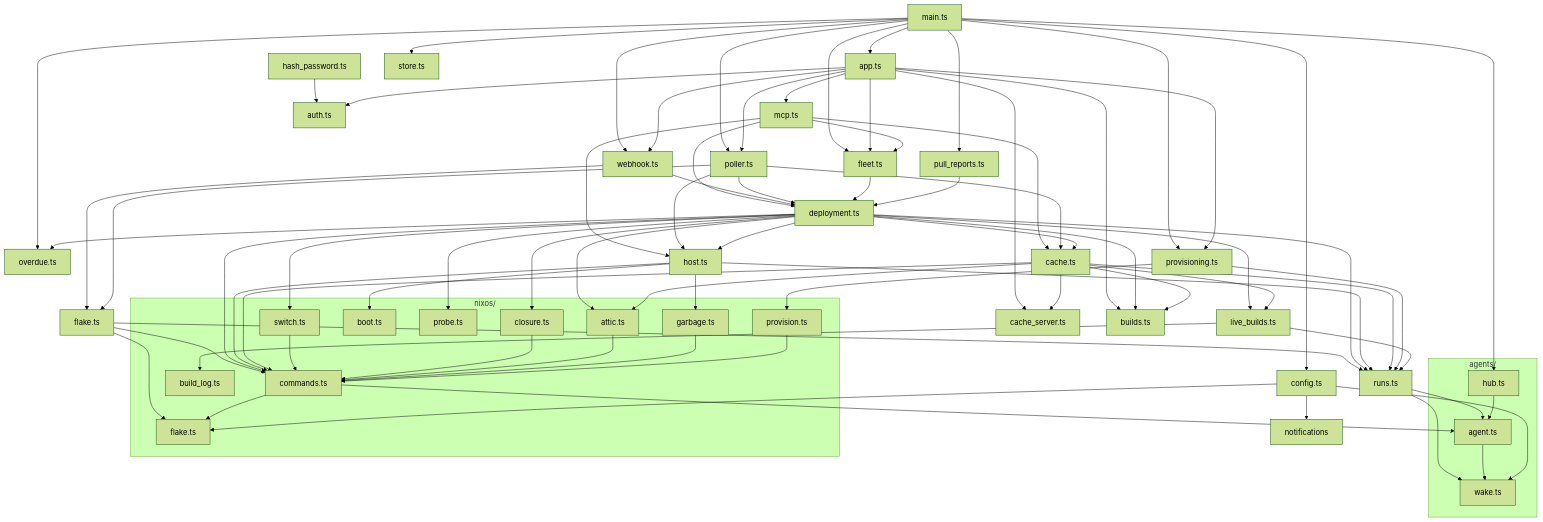
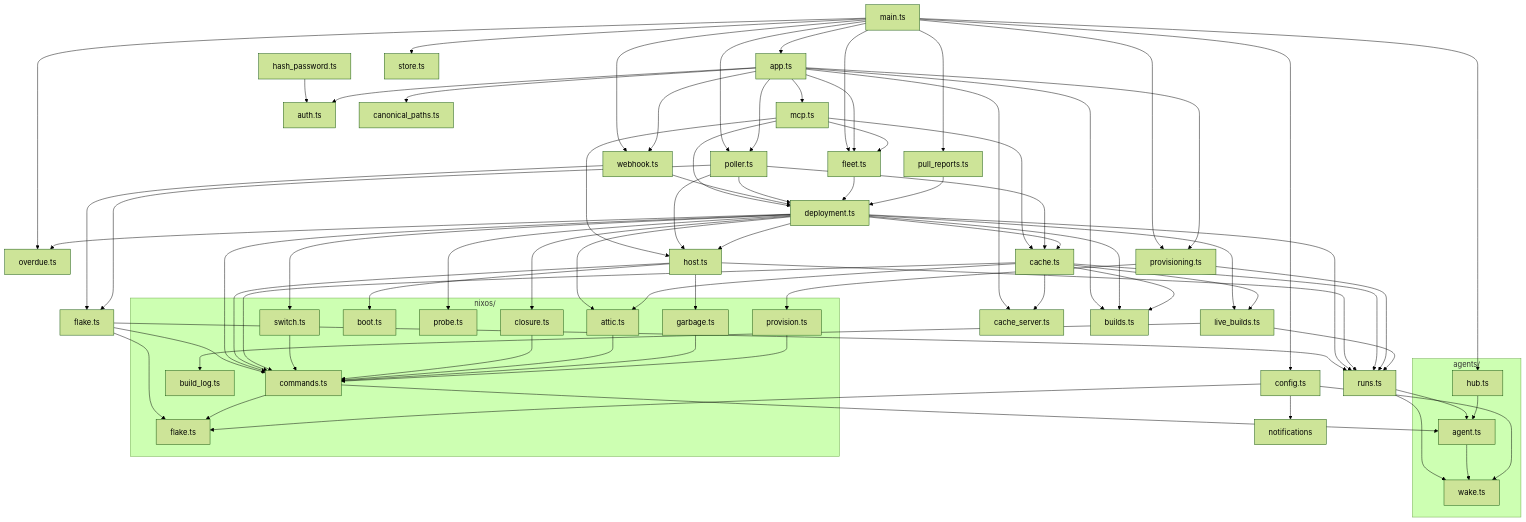
Before and after one commit to x-tech-laboratories/X-Nix: the second of 4 diagrams in docs/developer/modules.md, drawn with Mermaid (forest theme). The commit also changed other lines of this file and 7 other files, not shown here.

First line of the commit message:
fix(auth): refuse request paths that are not spelled canonically

````diff
--- a/docs/developer/modules.md
+++ b/docs/developer/modules.md
@@ -58,64 +58,65 @@
 ```mermaid
 flowchart TB
     main[main.ts]
     app[app.ts]
     mcp[mcp.ts]
     auth[auth.ts]
+    canonical_paths[canonical_paths.ts]
     hash_password[hash_password.ts]
     webhook[webhook.ts]
     poller[poller.ts]
     fleet[fleet.ts]
     overdue[overdue.ts]
     provisioning[provisioning.ts]
     pull_reports[pull_reports.ts]
     flake[flake.ts]
     deployment[deployment.ts]
     host[host.ts]
     cache[cache.ts]
     cache_server[cache_server.ts]
     builds[builds.ts]
     live_builds[live_builds.ts]
     runs[runs.ts]
     config[config.ts]
     store[store.ts]
 
     subgraph agents_dir[agents/]
         pool[agent.ts]
         hub[hub.ts]
         wake[wake.ts]
     end
 
     subgraph nixos_dir[nixos/]
         commands[commands.ts]
         switch[switch.ts]
         closure[closure.ts]
         attic[attic.ts]
         garbage[garbage.ts]
         boot[boot.ts]
         probe[probe.ts]
         build_log[build_log.ts]
         nix_flake[flake.ts]
         nix_provision[provision.ts]
     end
 
     main --> app & poller & fleet & overdue & provisioning & pull_reports & webhook & hub & config & store
     hash_password --> auth
-    app --> mcp & auth & webhook & poller & fleet & provisioning & builds & cache_server
+    app --> mcp & auth & canonical_paths & webhook & poller & fleet & provisioning & builds & cache_server
     mcp --> deployment & cache & host & fleet
     webhook --> deployment & flake
     poller --> flake & deployment & host & cache
     fleet --> deployment
     pull_reports --> deployment
     flake --> runs & commands & nix_flake
     deployment --> host & cache & builds & live_builds & runs & overdue & commands & switch & closure & probe & attic
     host --> runs & boot & garbage & commands
     cache --> builds & cache_server & live_builds & runs & attic & commands
     provisioning --> runs & nix_provision
     live_builds --> build_log & runs
     runs --> pool & wake
     hub --> pool
     pool --> wake
     commands --> pool & nix_flake
     switch & closure & attic & garbage & nix_provision --> commands
     config --> wake & notifications & nix_flake
 ```
````
